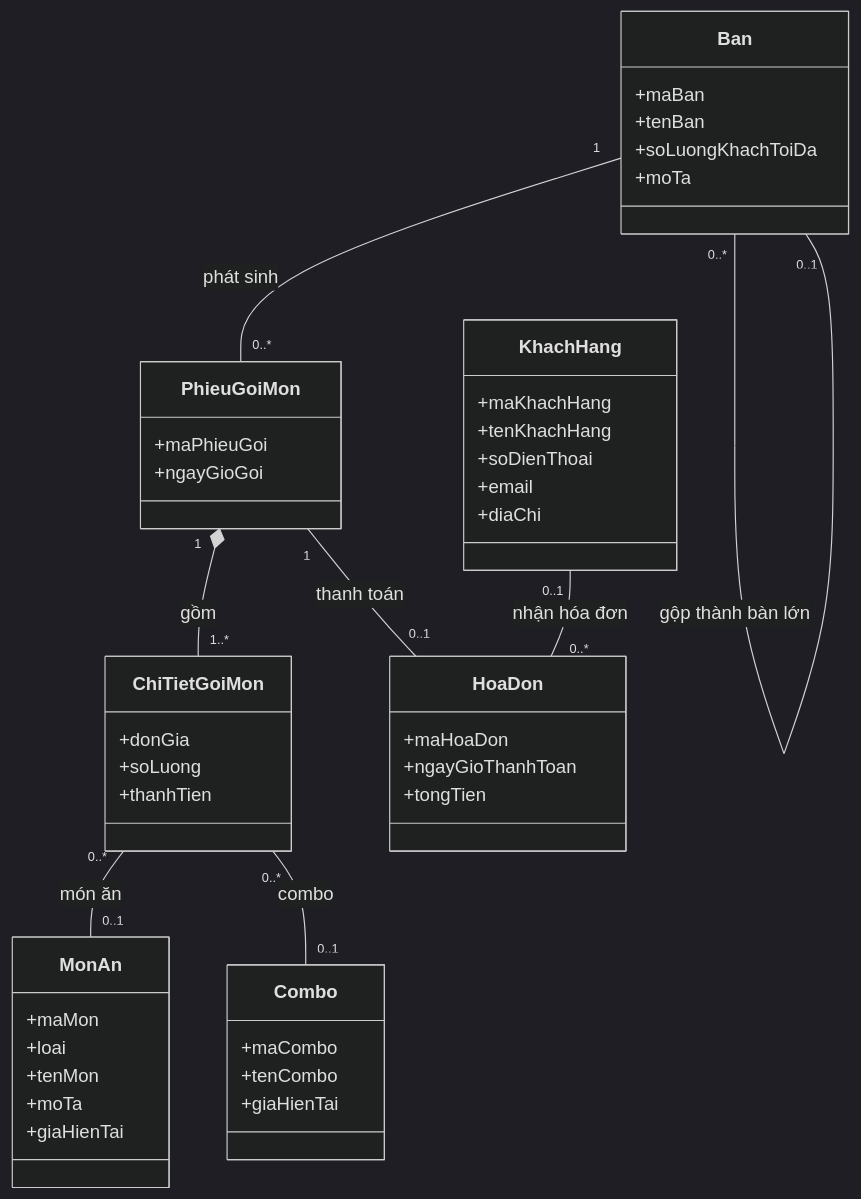
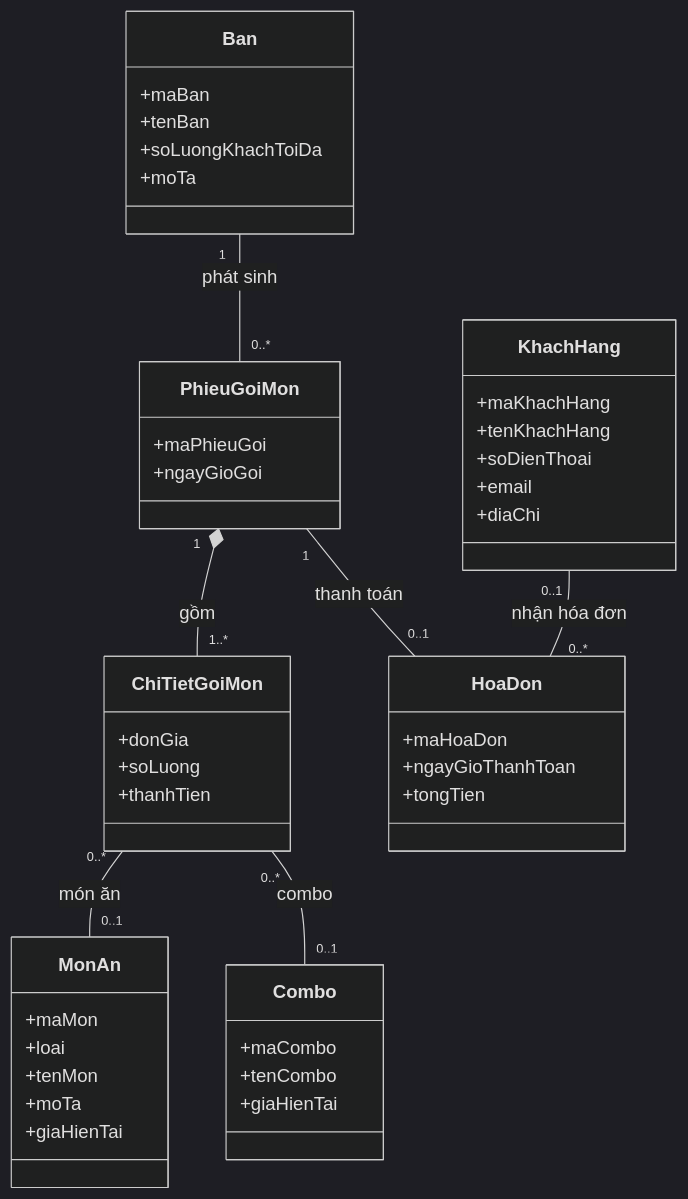
The diagram in ChuDe_04_QuanLyNhaHang/De_20_ThongKeDoanhThuTheoMonAn/c2.mmd (AnhLM027/NMCNPM_Final), drawn with Mermaid (dark theme) before and after one commit. The commit also changed 64 other files, not shown here.

Commit message:
feat: light theme, 30% default zoom, resizable problem panel, and flash card diagram view

```diff
--- a/ChuDe_04_QuanLyNhaHang/De_20_ThongKeDoanhThuTheoMonAn/c2.mmd
+++ b/ChuDe_04_QuanLyNhaHang/De_20_ThongKeDoanhThuTheoMonAn/c2.mmd
@@ -1,61 +1,59 @@
 %% De_20 - Thống kê doanh thu theo tháng
 classDiagram
     class Ban {
         +maBan
         +tenBan
         +soLuongKhachToiDa
         +moTa
     }
 
 
     class KhachHang {
         +maKhachHang
         +tenKhachHang
         +soDienThoai
         +email
         +diaChi
     }
 
 
     class MonAn {
         +maMon
         +loai
         +tenMon
         +moTa
         +giaHienTai
     }
 
 
     class Combo {
         +maCombo
         +tenCombo
         +giaHienTai
     }
 
 
     class PhieuGoiMon {
         +maPhieuGoi
         +ngayGioGoi
     }
 
 
     class ChiTietGoiMon {
         +donGia
         +soLuong
         +thanhTien
     }
 
 
     class HoaDon {
         +maHoaDon
         +ngayGioThanhToan
         +tongTien
     }
-
-    Ban "0..*" -- "0..1" Ban : gộp thành bàn lớn
     Ban "1" -- "0..*" PhieuGoiMon : phát sinh
     PhieuGoiMon "1" *-- "1..*" ChiTietGoiMon : gồm
     ChiTietGoiMon "0..*" -- "0..1" MonAn : món ăn
     ChiTietGoiMon "0..*" -- "0..1" Combo : combo
     PhieuGoiMon "1" -- "0..1" HoaDon : thanh toán
     KhachHang "0..1" -- "0..*" HoaDon : nhận hóa đơn
```
